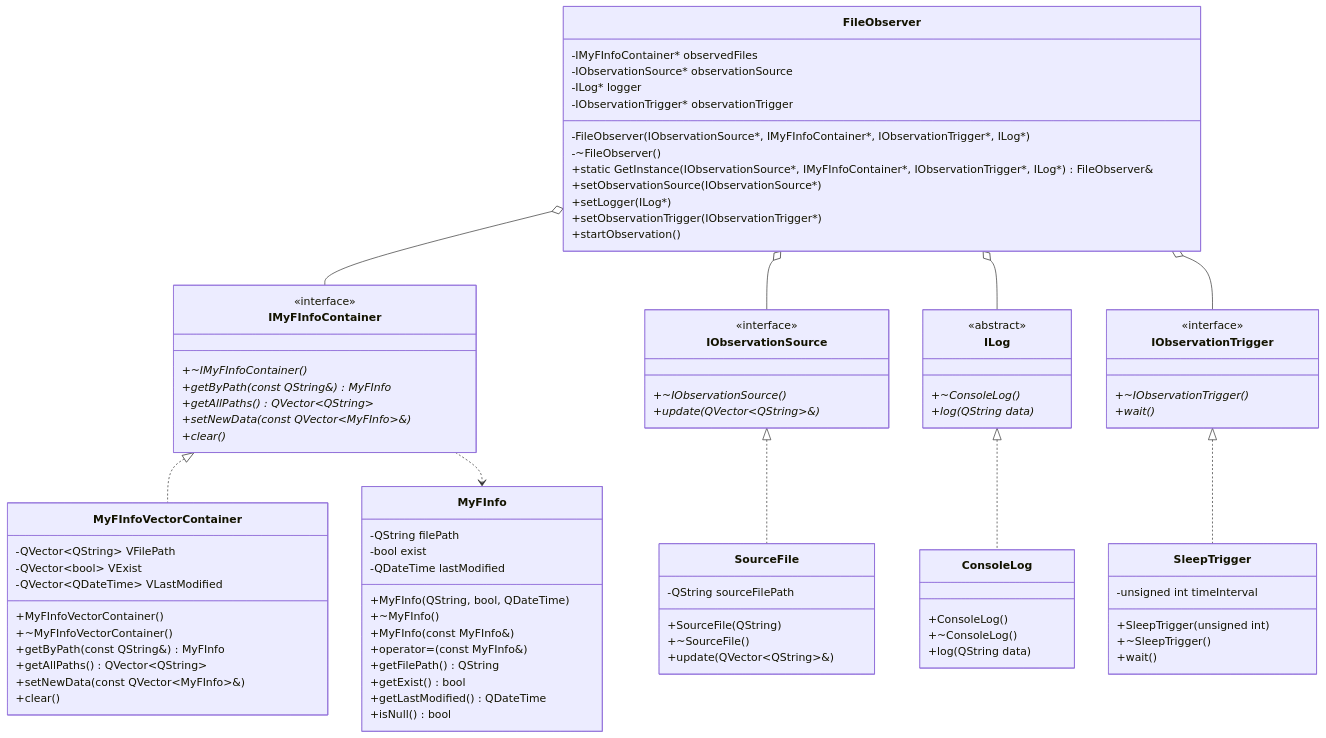
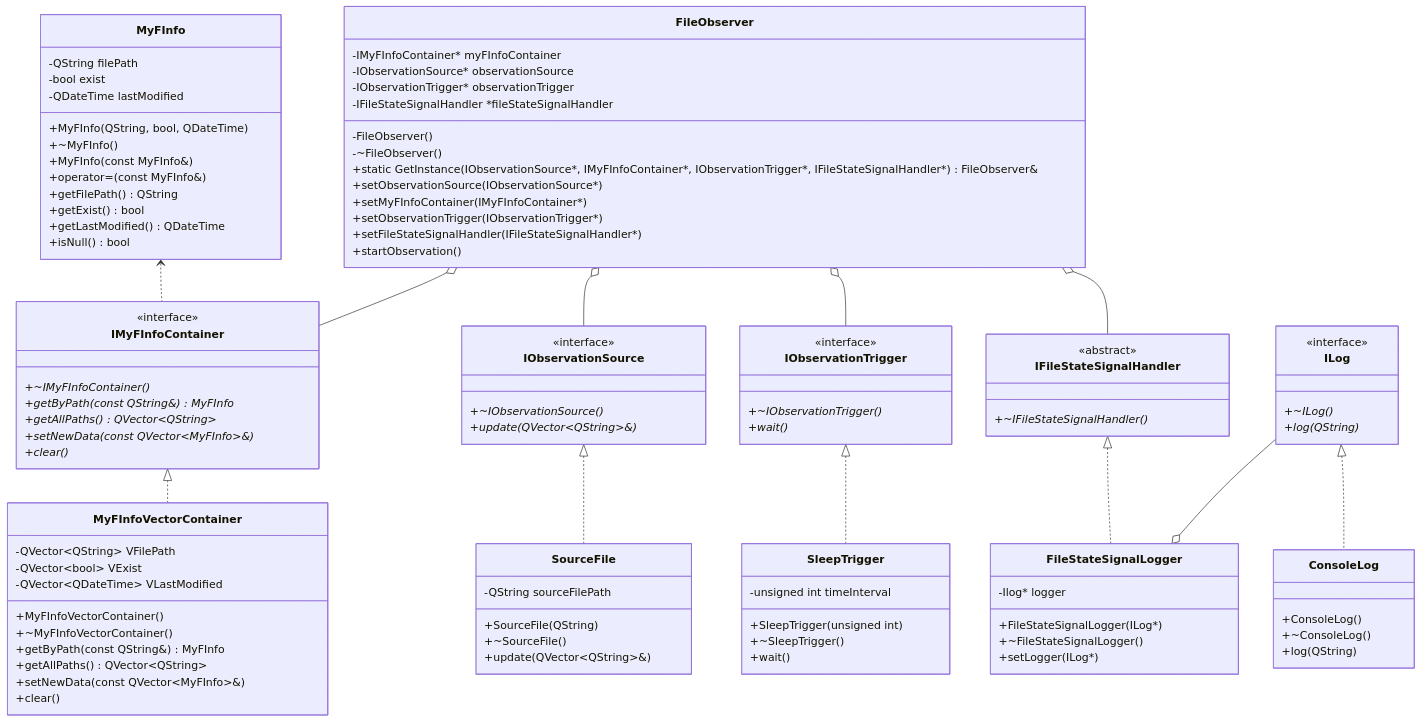
Before and after one commit to ILoveHumanity/FileWarden: the diagram in README.md, drawn with Mermaid. The commit also changed 10 other files, not shown here.

````diff
--- a/README.md
+++ b/README.md
@@ -24,16 +24,17 @@
 ```mermaid
 classDiagram
 	class FileObserver {
-		-IMyFInfoContainer* observedFiles
+		-IMyFInfoContainer* myFInfoContainer
 		-IObservationSource* observationSource
-		-ILog* logger
 		-IObservationTrigger* observationTrigger
-		-FileObserver(IObservationSource*, IMyFInfoContainer*, IObservationTrigger*, ILog*)
+		-IFileStateSignalHandler *fileStateSignalHandler
+		-FileObserver()
 		-~FileObserver()
-		+static GetInstance(IObservationSource*, IMyFInfoContainer*, IObservationTrigger*, ILog*) FileObserver&
+		+static GetInstance(IObservationSource*, IMyFInfoContainer*, IObservationTrigger*, IFileStateSignalHandler*) FileObserver&
 		+setObservationSource(IObservationSource*)
-		+setLogger(ILog*)
+        +setMyFInfoContainer(IMyFInfoContainer*)
 		+setObservationTrigger(IObservationTrigger*)
+		+setFileStateSignalHandler(IFileStateSignalHandler*)
 		+startObservation()
 	}
     
@@ -69,17 +70,6 @@
 		+update(QVector~QString~&)
 	}
 
-	class ILog {
-		<<abstract>>
-		+~ConsoleLog()*
-		+log(QString data)*
-	}
-	class ConsoleLog {
-		+ConsoleLog()
-		+~ConsoleLog()
-		+log(QString data)
-	}
-
 	class IObservationTrigger {
 		<<interface>>
 		+~IObservationTrigger()*
@@ -90,6 +80,28 @@
 		+SleepTrigger(unsigned int)
 		+~SleepTrigger()
 		+wait()
+	}
+
+    class IFileStateSignalHandler {
+        <<abstract>>
+        +~IFileStateSignalHandler()*
+    }
+    class FileStateSignalLogger {
+        -Ilog* logger
+        +FileStateSignalLogger(ILog*)
+        +~FileStateSignalLogger()
+        +setLogger(ILog*)
+    }
+
+	class ILog {
+		<<interface>>
+		+~ILog()*
+		+log(QString)*
+	}
+	class ConsoleLog {
+		+ConsoleLog()
+		+~ConsoleLog()
+		+log(QString)
 	}
 
 	class MyFInfo {
@@ -106,14 +118,20 @@
 		+isNull() bool
 	}
 
-    IMyFInfoContainer <|.. MyFInfoVectorContainer
-    IObservationSource <|.. SourceFile
-    ILog <|.. ConsoleLog
-    IObservationTrigger <|.. SleepTrigger
-    IMyFInfoContainer ..> MyFInfo
+    MyFInfo <.. IMyFInfoContainer
 
     FileObserver o-- IMyFInfoContainer
+    IMyFInfoContainer <|.. MyFInfoVectorContainer
+
     FileObserver o-- IObservationSource
-    FileObserver o-- ILog
+    IObservationSource <|.. SourceFile
+
     FileObserver o-- IObservationTrigger
+    IObservationTrigger <|.. SleepTrigger
+
+    FileObserver o-- IFileStateSignalHandler
+    IFileStateSignalHandler <|.. FileStateSignalLogger
+
+    ILog --o FileStateSignalLogger
+    ILog <|.. ConsoleLog
 ```
````
